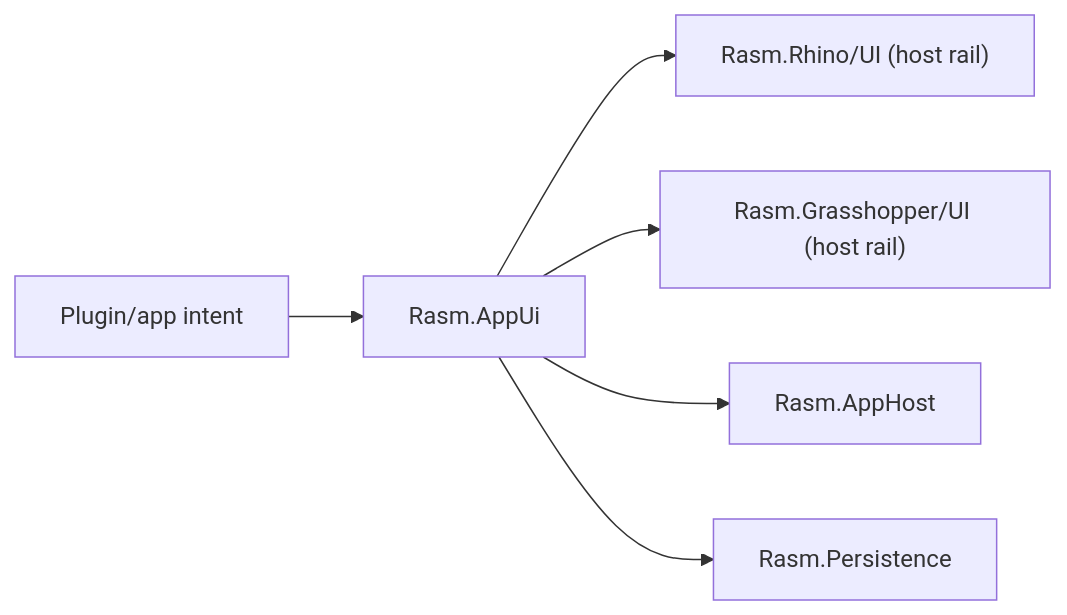
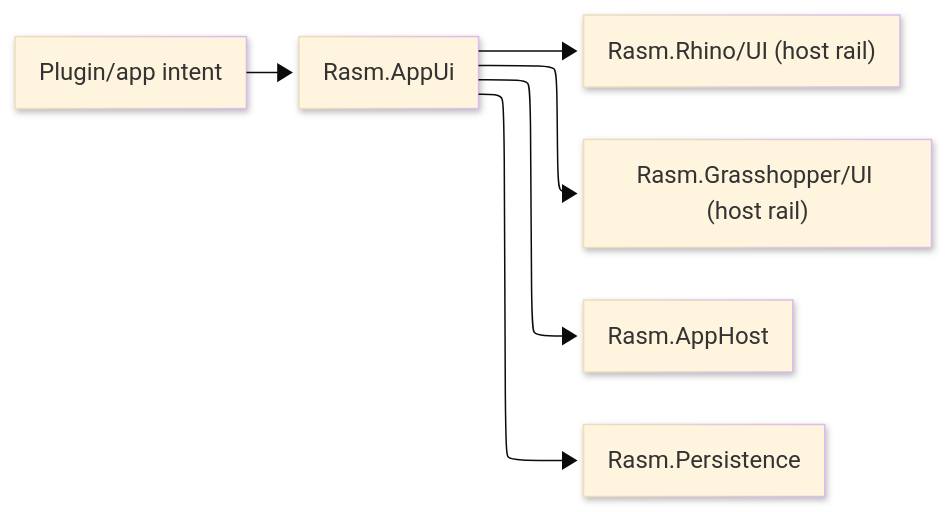
The diagram in libs/csharp/Rasm.AppUi/_ARCHITECTURE.md (bsamiee/Rasm), drawn with Mermaid before and after one commit. The commit also changed other lines of this file and 153 other files, not shown here.

````diff
--- a/libs/csharp/Rasm.AppUi/_ARCHITECTURE.md
+++ b/libs/csharp/Rasm.AppUi/_ARCHITECTURE.md
@@ -7,8 +7,20 @@
 ```mermaid
+---
+config:
+  layout: elk
+  look: neo
+  theme: base
+  elk:
+    mergeEdges: false
+    nodePlacementStrategy: BRANDES_KOEPF
+    cycleBreakingStrategy: GREEDY_MODEL_ORDER
+---
 flowchart LR
+    accTitle: Rasm AppUi product UI boundary
+    accDescr: Product and plugin intent enters Rasm AppUi, which delegates host UI behavior to Rhino and Grasshopper rails while routing runtime and durable-state work through AppHost and Persistence.
     Product["Plugin/app intent"] --> AppUi["Rasm.AppUi"]
     AppUi --> RhinoUi["Rasm.Rhino/UI (host rail)"]
     AppUi --> GhUi["Rasm.Grasshopper/UI (host rail)"]
     AppUi --> Host["Rasm.AppHost"]
     AppUi --> Store["Rasm.Persistence"]
 ```
````
